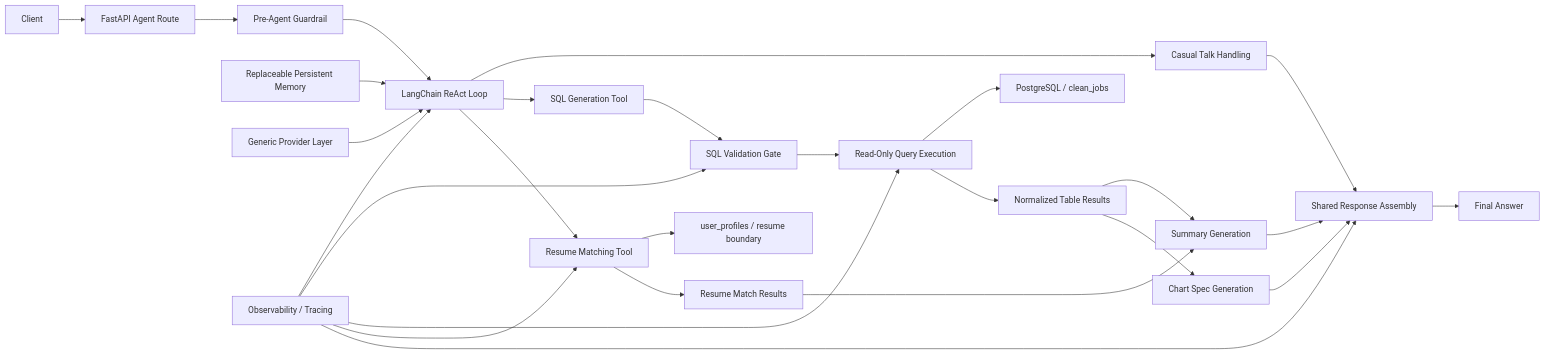
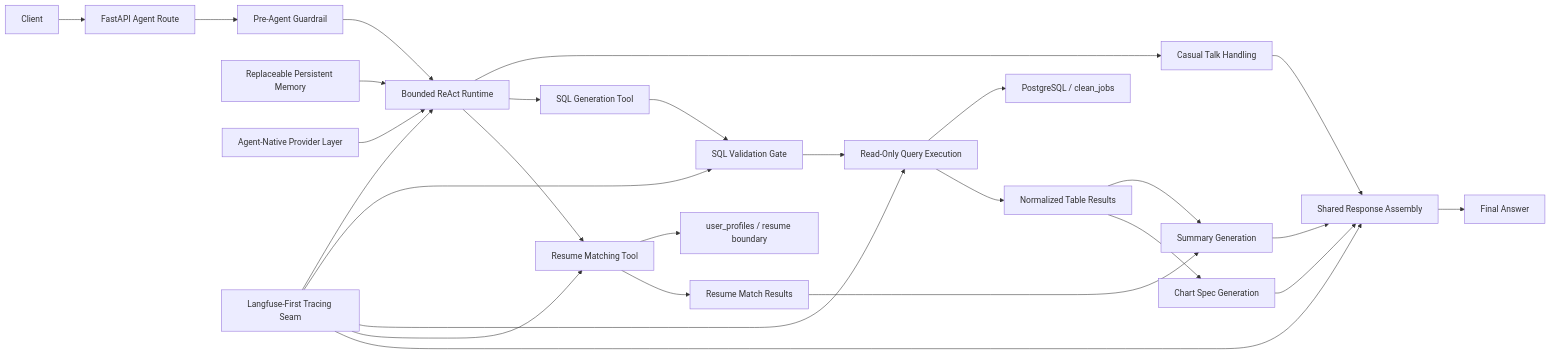
One commit to Park-Hip/Intern-Hunter changed the first of 2 diagrams in docs/agent/architecture.md. Above: the diagram before and after it, drawn with Mermaid. The commit also changed other lines of this file and 18 other files, not shown here.

````diff
--- a/docs/agent/architecture.md
+++ b/docs/agent/architecture.md
@@ -138,29 +154,29 @@
 ```mermaid
 flowchart LR
     Client["Client"] --> API["FastAPI Agent Route"]
     API --> Guardrail["Pre-Agent Guardrail"]
-    Guardrail --> Agent["LangChain ReAct Loop"]
+    Guardrail --> Agent["Bounded ReAct Runtime"]
     Memory["Replaceable Persistent Memory"] --> Agent
-    LLM["Generic Provider Layer"] --> Agent
-    Obs["Observability / Tracing"] --> Agent
+    LLM["Agent-Native Provider Layer"] --> Agent
+    Obs["Langfuse-First Tracing Seam"] --> Agent
     Agent --> Talk["Casual Talk Handling"]
     Agent --> SQLGen["SQL Generation Tool"]
     SQLGen --> Validator["SQL Validation Gate"]
     Validator --> Executor["Read-Only Query Execution"]
     Executor --> DB["PostgreSQL / clean_jobs"]
     Executor --> Table["Normalized Table Results"]
     Agent --> ResumeTool["Resume Matching Tool"]
     ResumeTool --> ResumeStore["user_profiles / resume boundary"]
     ResumeTool --> ResumeResults["Resume Match Results"]
     Table --> Summary["Summary Generation"]
     Table --> Chart["Chart Spec Generation"]
     ResumeResults --> Summary
     Obs --> Validator
     Obs --> Executor
     Obs --> ResumeTool
     Summary --> Response["Shared Response Assembly"]
     Chart --> Response
     Talk --> Response
     Response --> Final["Final Answer"]
     Obs --> Response
 ```
````
